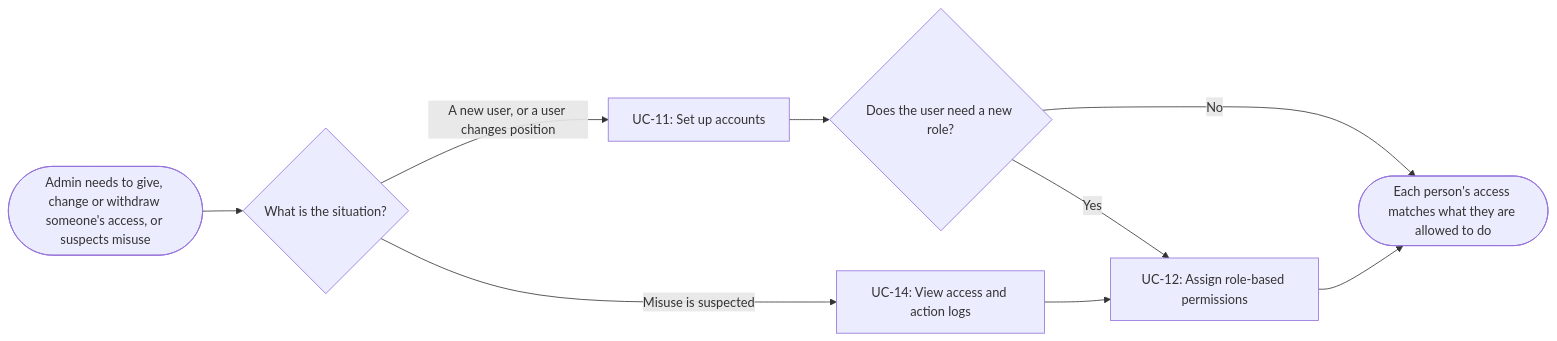
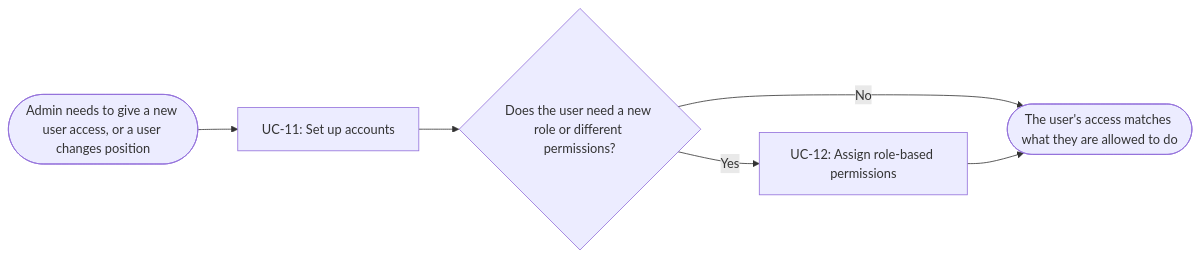
Before and after one commit to hatrang191/groupE-nursinghome: the seventh of 9 diagrams in docs/external-design/usage-flow.md, drawn with Mermaid. The commit also changed other lines of this file, not shown here.

First line of the commit message:
Revise usage flow and use case details

````diff
--- a/docs/external-design/usage-flow.md
+++ b/docs/external-design/usage-flow.md
@@ -107,11 +111,8 @@
 ```mermaid
 flowchart LR
-  A(["Admin needs to give, change or withdraw someone's access, or suspects misuse"]) --> D1{"What is the situation?"}
-  D1 -->|"A new user, or a user changes position"| U1["UC-11: Set up accounts"]
-  D1 -->|"Misuse is suspected"| U3["UC-14: View access and action logs"]
-  U1 --> D2{"Does the user need a new role?"}
-  D2 -->|"Yes"| U2["UC-12: Assign role-based permissions"]
-  D2 -->|"No"| Z(["Each person's access matches what they are allowed to do"])
-  U3 --> U2
-  U2 --> Z
+  A(["Admin needs to give a new user access, or a user changes position"]) --> UC11["UC-11: Set up accounts"]
+  UC11 --> D{"Does the user need a new role or different permissions?"}
+  D -->|"Yes"| UC12["UC-12: Assign role-based permissions"]
+  D -->|"No"| Z(["The user's access matches what they are allowed to do"])
+  UC12 --> Z
 ```
````
